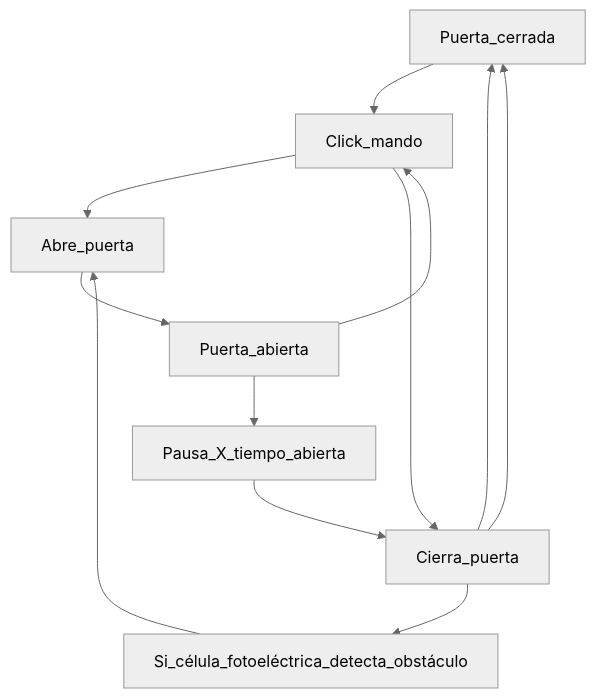
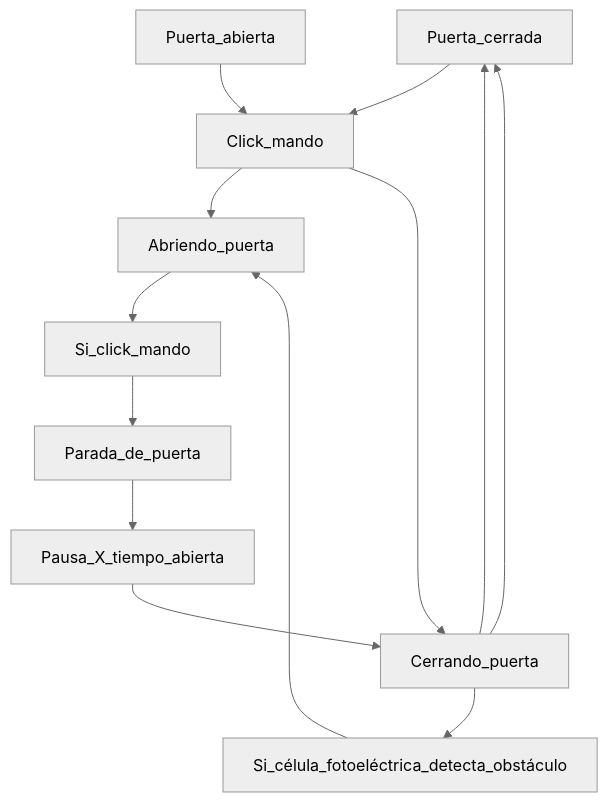
Before and after one commit to ABarrosoG/sliding-door-garage: the diagram in README.md, drawn with Mermaid (neutral theme).

````diff
--- a/README.md
+++ b/README.md
@@ -21,7 +21,7 @@
 ```mermaid
 graph TD;
-    Puerta_cerrada-->Click_mando-->Abre_puerta-->Puerta_abierta-->Pausa_X_tiempo_abierta-->Cierra_puerta-->Puerta_cerrada;
-    Puerta_abierta-->Click_mando-->Cierra_puerta-->Puerta_cerrada;
-    Cierra_puerta-->Si_célula_fotoeléctrica_detecta_obstáculo-->Abre_puerta;
+    Puerta_cerrada-->Click_mando-->Abriendo_puerta-->Si_click_mando-->Parada_de_puerta-->Pausa_X_tiempo_abierta-->Cerrando_puerta-->Puerta_cerrada;
+    Puerta_abierta-->Click_mando-->Cerrando_puerta-->Puerta_cerrada;
+    Cerrando_puerta-->Si_célula_fotoeléctrica_detecta_obstáculo-->Abriendo_puerta;
 
 ```
````
